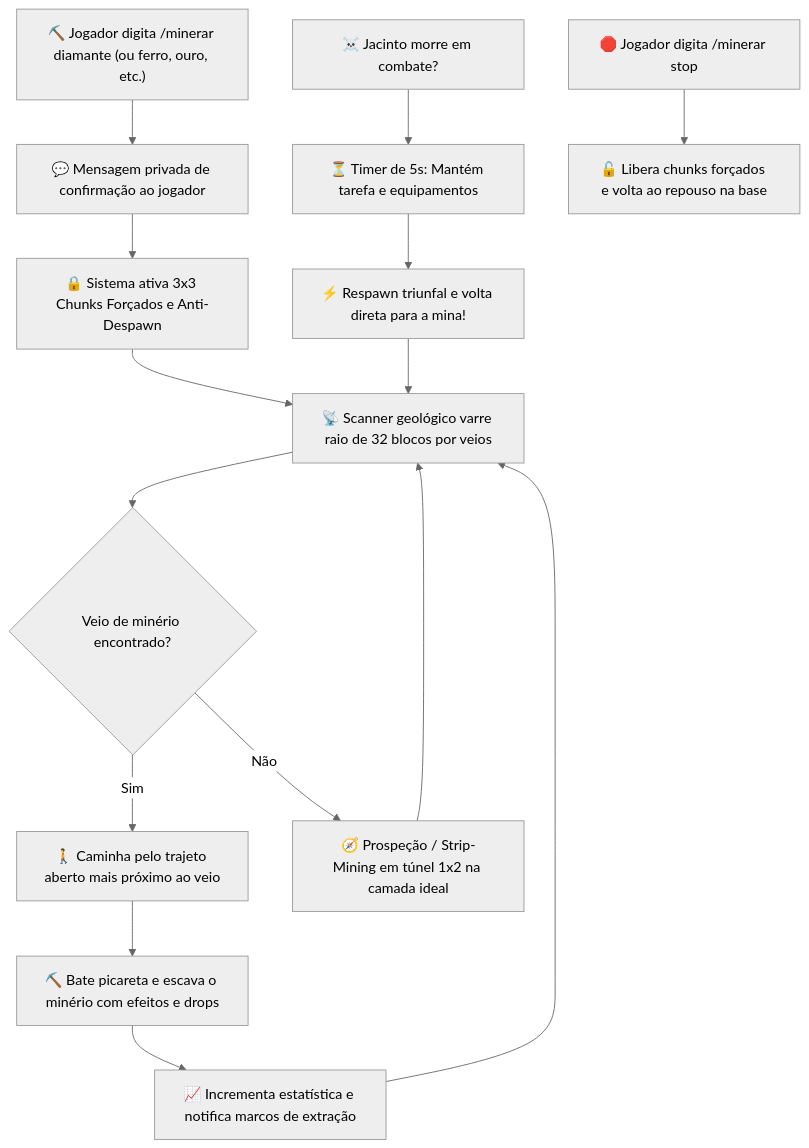
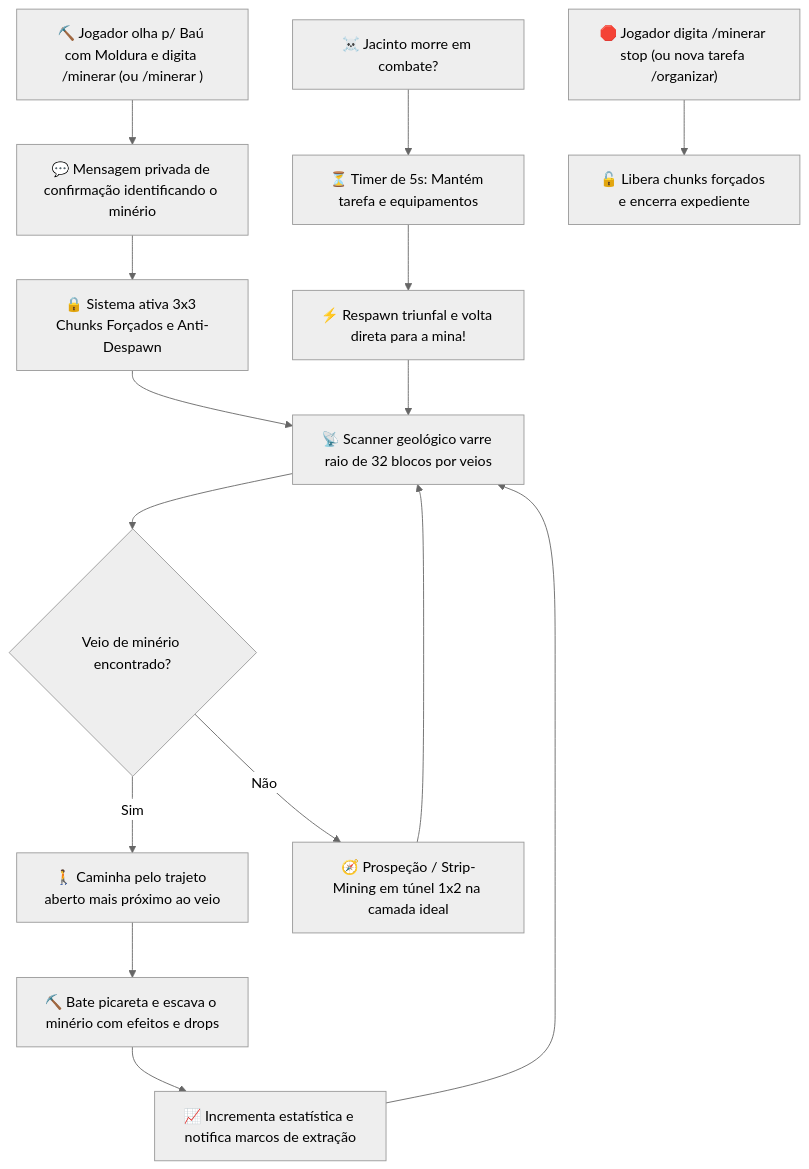
Before and after one commit to lucasdlg5/CanalhasSMP: the first of 2 diagrams in JacintoItemakino/README.md, drawn with Mermaid (neutral theme). The commit also changed other lines of this file and 18 other files, not shown here.

Commit message:
feat(jacinto): minerar passivamente item ao olhar para bau com moldura (v1.4.0)

````diff
--- a/JacintoItemakino/README.md
+++ b/JacintoItemakino/README.md
@@ -22,17 +22,17 @@
 ```mermaid
 flowchart TD
-    A["⛏️ Jogador digita /minerar diamante (ou ferro, ouro, etc.)"] --> B["💬 Mensagem privada de confirmação ao jogador"]
+    A["⛏️ Jogador olha p/ Baú com Moldura e digita /minerar (ou /minerar <item>)"] --> B["💬 Mensagem privada de confirmação identificando o minério"]
     B --> C["🔒 Sistema ativa 3x3 Chunks Forçados e Anti-Despawn"]
     C --> D["📡 Scanner geológico varre raio de 32 blocos por veios"]
     D --> E{"Veio de minério encontrado?"}
     E -- "Sim" --> F["🚶 Caminha pelo trajeto aberto mais próximo ao veio"]
     F --> G["⛏️ Bate picareta e escava o minério com efeitos e drops"]
     G --> H["📈 Incrementa estatística e notifica marcos de extração"]
     H --> D
     E -- "Não" --> I["🧭 Prospeção / Strip-Mining em túnel 1x2 na camada ideal"]
     I --> D
     J["☠️ Jacinto morre em combate?"] --> K["⏳ Timer de 5s: Mantém tarefa e equipamentos"]
     K --> L["⚡ Respawn triunfal e volta direta para a mina!"]
     L --> D
-    M["🛑 Jogador digita /minerar stop"] --> N["🔓 Libera chunks forçados e volta ao repouso na base"]
+    M["🛑 Jogador digita /minerar stop (ou nova tarefa /organizar)"] --> N["🔓 Libera chunks forçados e encerra expediente"]
 ```
````
